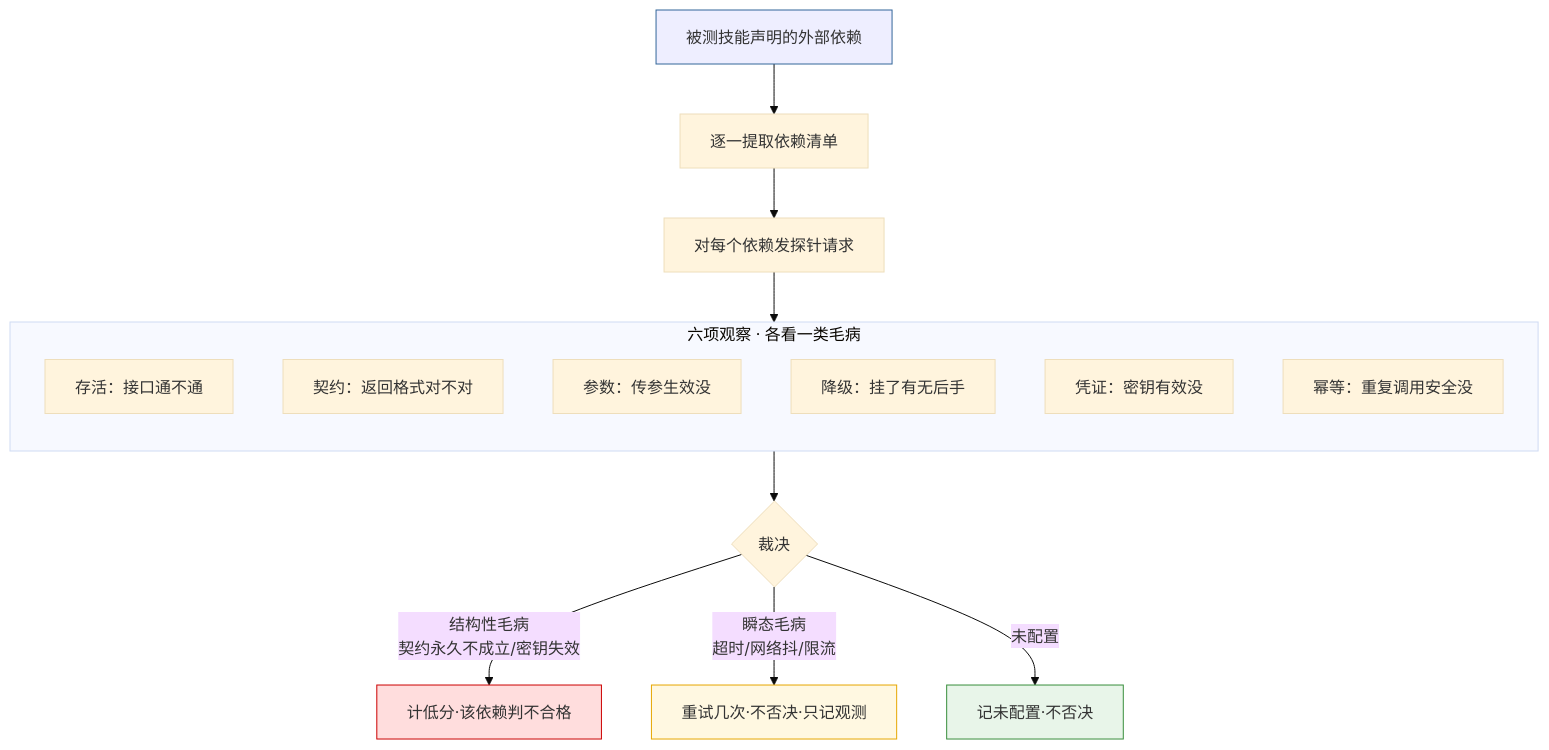
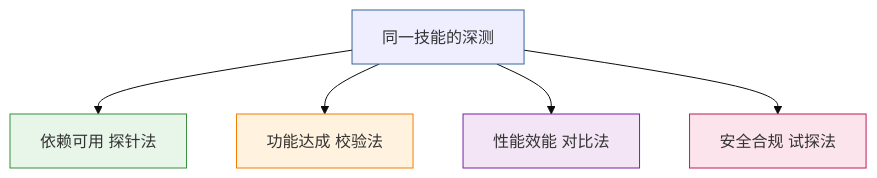
One commit to huanggq26/skill-evaluator changed the third of 14 diagrams in references/skill-evaluation-system.md. Above: the diagram before and after it, drawn with Mermaid (base theme). The commit also changed other lines of this file, not shown here.

Commit message:
体系化评测介绍文档全篇整改：合规去编号并删写作/读者定位元说明，补静态六面细项表，新增功能评测（校验法）使三大深测升为四大，可用性改写为 D1–D6 分层验证并纳入 401/403 凭证层不阻断链路层与禁止未实探推断不可达，安全按 ASI01–ASI10 现行口径重写（含归入评分桶、辅助视角、攻击面准入），补性能细项与评分门禁裁决

````diff
--- a/references/skill-evaluation-system.md
+++ b/references/skill-evaluation-system.md
@@ -89,23 +93,12 @@
 ```mermaid
 flowchart TB
-    技能[被测技能声明的外部依赖] --> 提取[逐一提取依赖清单]
-    提取 --> 探针[对每个依赖发探针请求]
-    探针 --> 六个[六项观察]
-    subgraph 六个[六项观察 · 各看一类毛病]
-        direction TB
-        D1[存活：接口通不通]
-        D2[契约：返回格式对不对]
-        D3[参数：传参生效没]
-        D4[降级：挂了有无后手]
-        D5[凭证：密钥有效没]
-        D6[幂等：重复调用安全没]
-    end
-    六个 --> 裁决{裁决}
-    裁决 -->|结构性毛病<br/>契约永久不成立/密钥失效| 否决[计低分·该依赖判不合格]
-    裁决 -->|瞬态毛病<br/>超时/网络抖/限流| 重试[重试几次·不否决·只记观测]
-    裁决 -->|未配置| 标注[记未配置·不否决]
-    style 技能 fill:#eef,stroke:#369
-    style 否决 fill:#fdd,stroke:#c00
-    style 重试 fill:#fff8e1,stroke:#e6a700
-    style 标注 fill:#e8f5e9,stroke:#388e3c
+    深[同一技能的深测] --> 可[依赖可用 探针法]
+    深 --> 功3[功能达成 校验法]
+    深 --> 性3[性能效能 对比法]
+    深 --> 安3[安全合规 试探法]
+    style 深 fill:#eef,stroke:#369
+    style 可 fill:#e8f5e9,stroke:#388e3c
+    style 功3 fill:#fff3e0,stroke:#f57c00
+    style 性3 fill:#f3e5f5,stroke:#7b1fa2
+    style 安3 fill:#fce4ec,stroke:#c2185b
 ```
````
